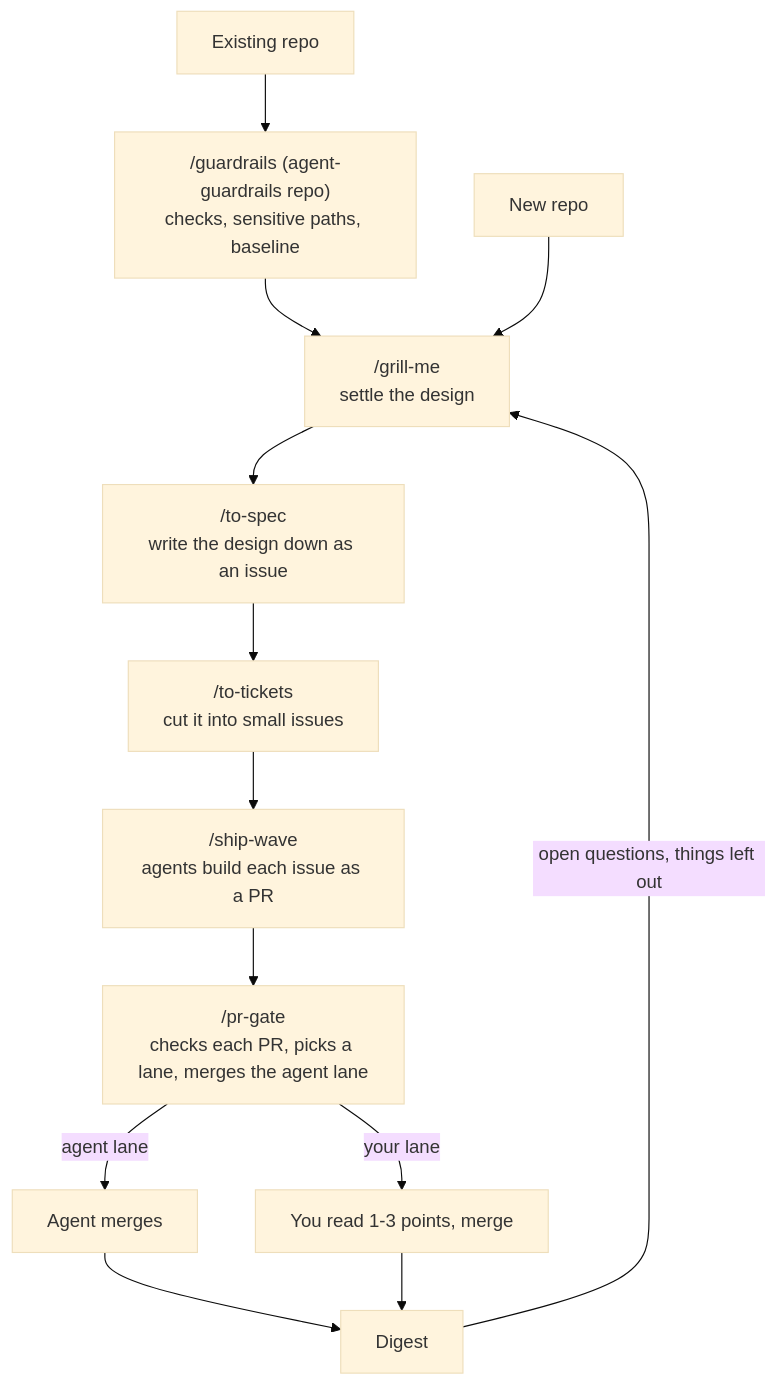
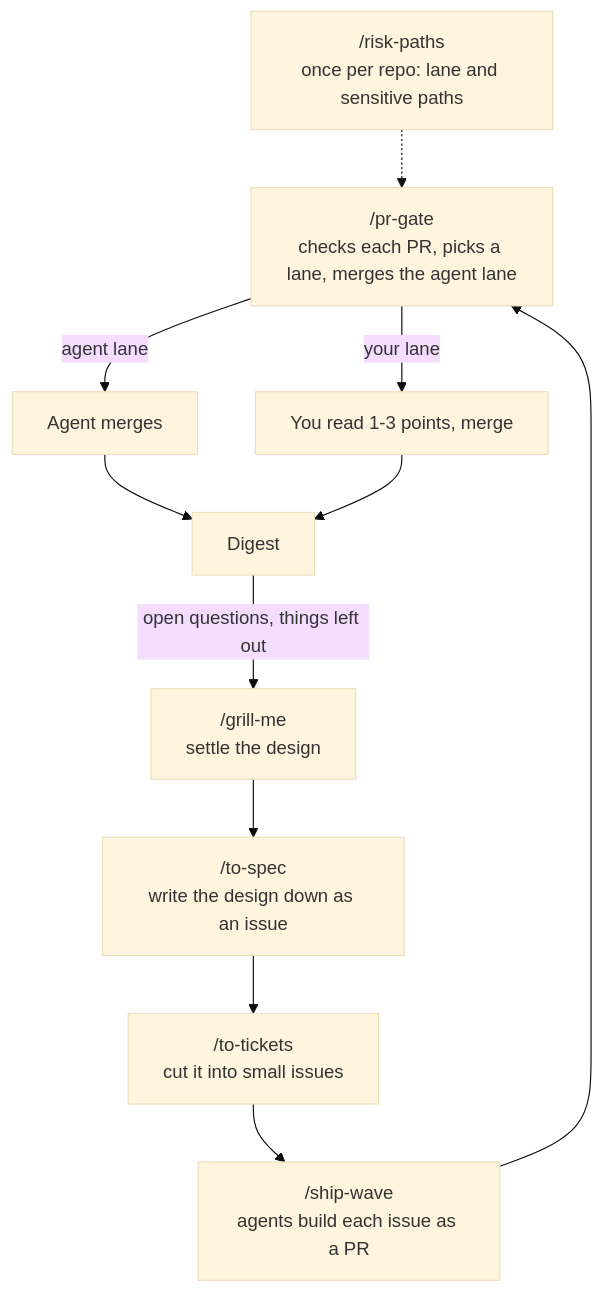
One commit to freshmick/agent-skills changed the diagram in README.md. Above: the diagram before and after it, drawn with Mermaid (base theme). The commit also changed other lines of this file and 4 other files, not shown here.

First line of the commit message:
Drop the guardrails dependency; risk-paths becomes its own skill

````diff
--- a/README.md
+++ b/README.md
@@ -28,15 +26,14 @@
 ```mermaid
 flowchart TD
-    X[Existing repo] --> G0["/guardrails (agent-guardrails repo)<br/>checks, sensitive paths, baseline"]
-    G0 --> A
-    N[New repo] --> A["/grill-me<br/>settle the design"]
+    R["/risk-paths<br/>once per repo: lane and sensitive paths"] -.-> D
+    A["/grill-me<br/>settle the design"]
     A --> S["/to-spec<br/>write the design down as an issue"]
     S --> B["/to-tickets<br/>cut it into small issues"]
     B --> C["/ship-wave<br/>agents build each issue as a PR"]
     C --> D["/pr-gate<br/>checks each PR, picks a lane, merges the agent lane"]
     D -->|agent lane| E[Agent merges]
     D -->|your lane| F[You read 1-3 points, merge]
     E --> G[Digest]
     F --> G
     G -->|open questions, things left out| A
 ```
````
